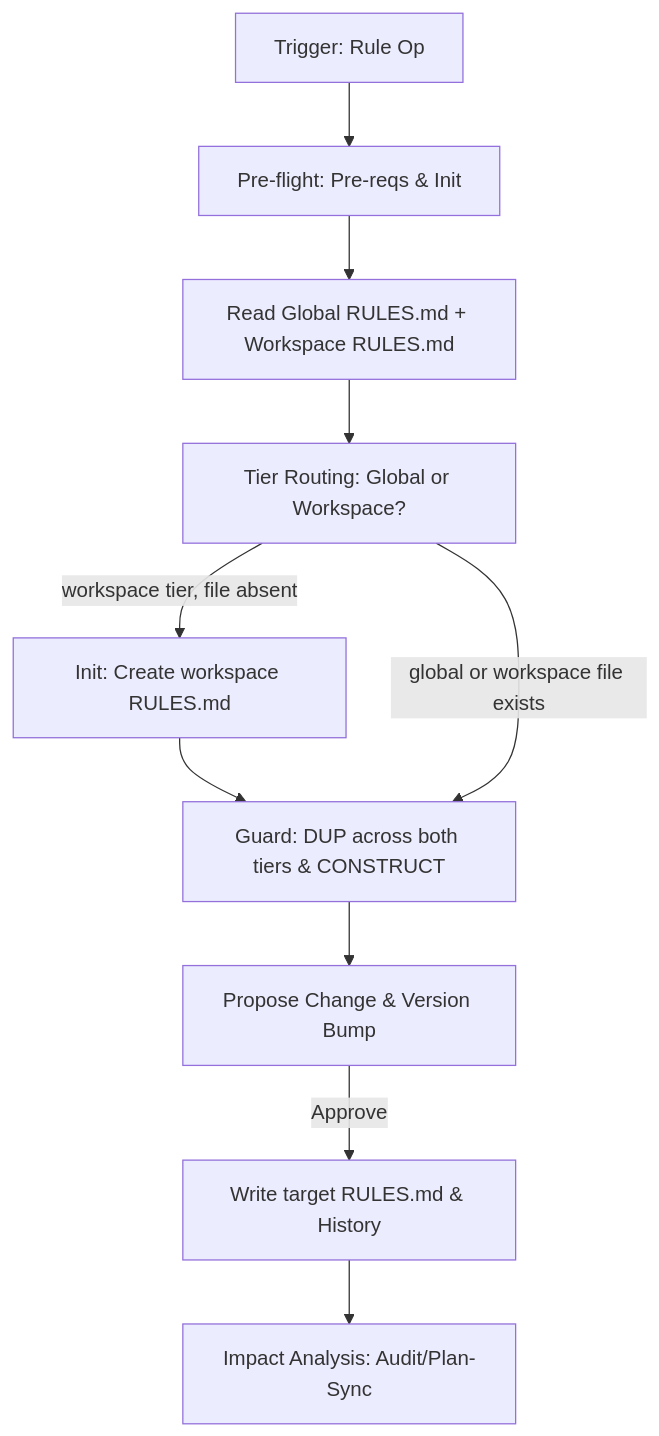
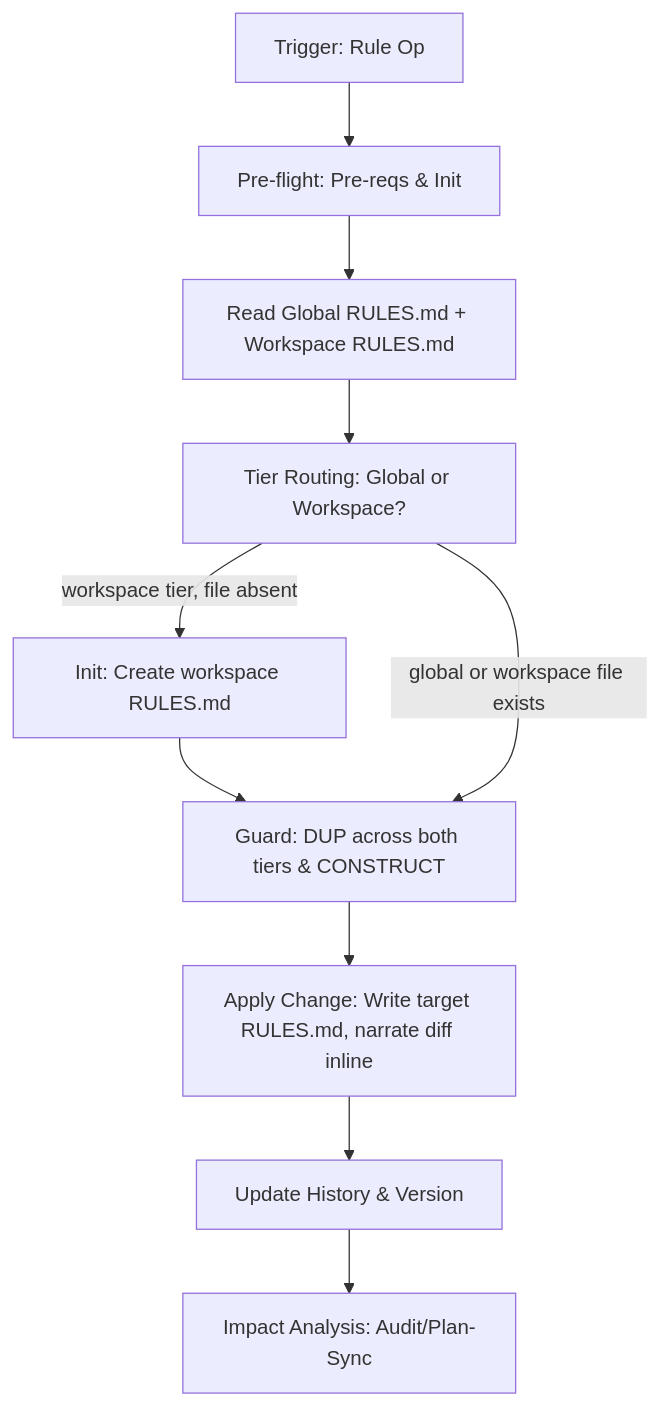
Before and after one commit to teratron/magic-spec: the diagram in .magic/rule.md, drawn with Mermaid. The commit also changed other lines of this file and 8 other files, not shown here.

````diff
--- a/.magic/rule.md
+++ b/.magic/rule.md
@@ -28,12 +28,12 @@
 ```mermaid
 graph TD
     A[Trigger: Rule Op] --> B[Pre-flight: Pre-reqs & Init]
     B --> C[Read Global RULES.md + Workspace RULES.md]
     C --> D[Tier Routing: Global or Workspace?]
     D -->|workspace tier, file absent| D2[Init: Create workspace RULES.md]
     D2 --> E[Guard: DUP across both tiers & CONSTRUCT]
     D -->|global or workspace file exists| E
-    E --> F[Propose Change & Version Bump]
-    F -->|Approve| G[Write target RULES.md & History]
+    E --> F[Apply Change: Write target RULES.md, narrate diff inline]
+    F --> G[Update History & Version]
     G --> H[Impact Analysis: Audit/Plan-Sync]
 ```
````
